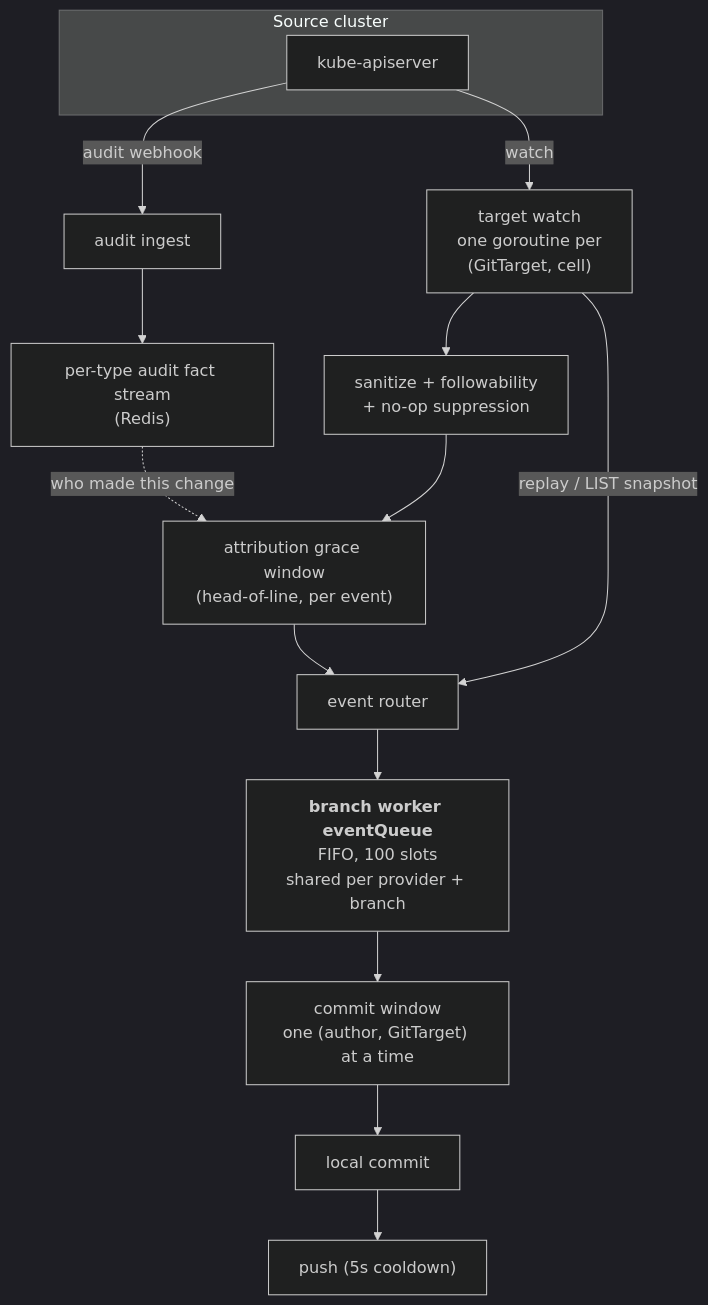
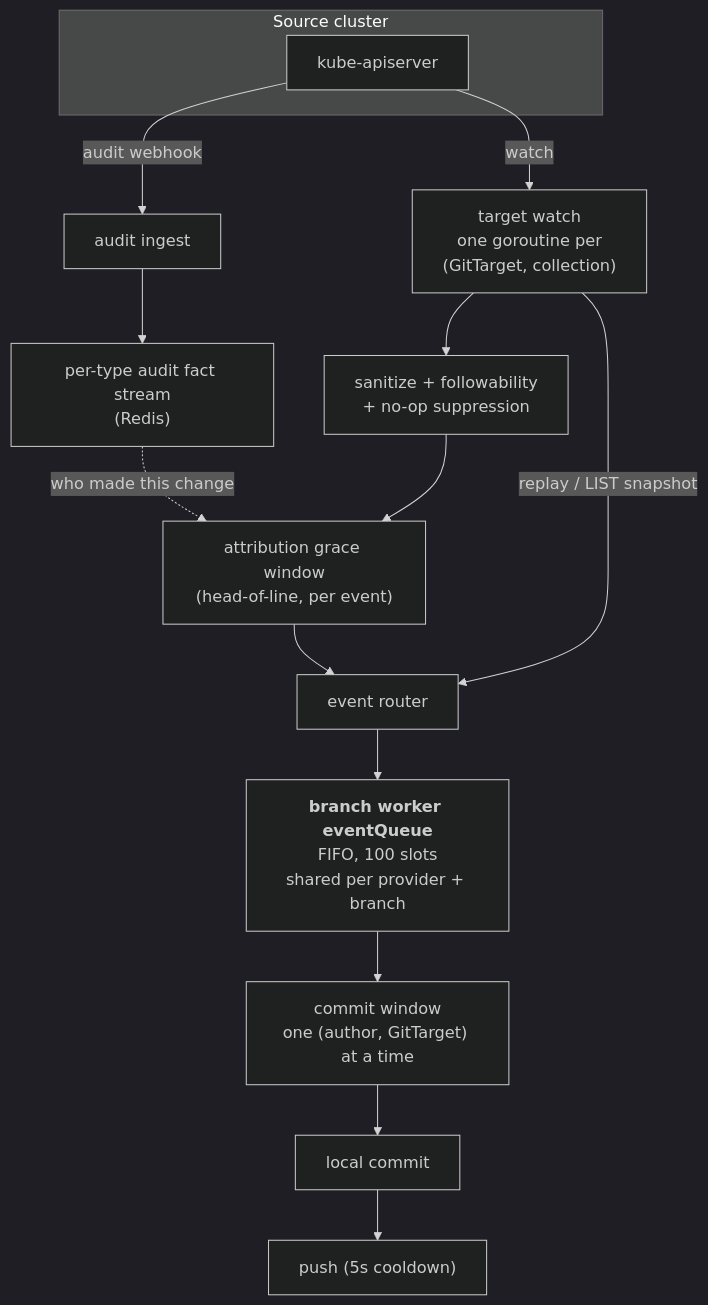
Before and after one commit to ConfigButler/gitops-reverser: the second of 5 diagrams in docs/design/data-plane-triggering.md, drawn with Mermaid (dark theme). The commit also changed other lines of this file and 118 other files, not shown here.

First line of the commit message:
feat(api)!: adopt Kubernetes watch terms and remove rule operation filters (#398)

````diff
--- a/docs/design/data-plane-triggering.md
+++ b/docs/design/data-plane-triggering.md
@@ -77,23 +77,23 @@
 ```mermaid
 flowchart TB
     subgraph Cluster["Source cluster"]
         API["kube-apiserver"]
     end
 
     API -->|"audit webhook"| AUD["audit ingest"]
     AUD --> FS["per-type audit fact stream<br/>(Redis)"]
 
-    API -->|"watch"| TW["target watch<br/>one goroutine per<br/>(GitTarget, cell)"]
+    API -->|"watch"| TW["target watch<br/>one goroutine per<br/>(GitTarget, collection)"]
 
     TW --> SAN["sanitize + followability<br/>+ no-op suppression"]
     SAN --> GR["attribution grace window<br/>(head-of-line, per event)"]
     FS -.->|"who made this change"| GR
 
     GR --> ER["event router"]
     TW -->|"replay / LIST snapshot"| ER
 
     ER --> Q["<b>branch worker eventQueue</b><br/>FIFO, 100 slots<br/>shared per provider + branch"]
     Q --> CW["commit window<br/>one (author, GitTarget) at a time"]
     CW --> C["local commit"]
     C --> P["push (5s cooldown)"]
 ```
````
